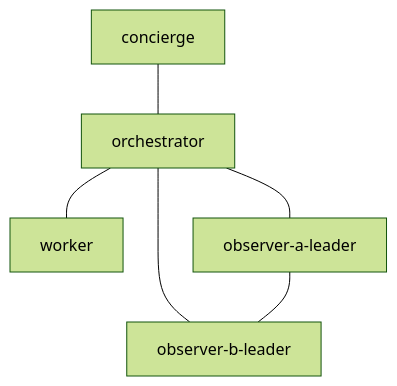
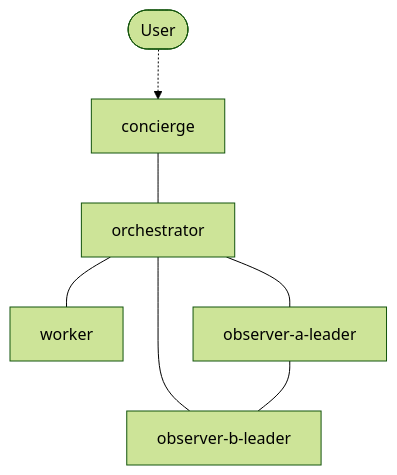
One commit to i9wa4/tmux-a2a-postman changed the diagram in README.md. Above: the diagram before and after it, drawn with Mermaid (forest theme).

Commit message:
feat: prepare for v0.1.0 release
- Update README with installation and configuration
- Add GitHub Actions release workflow
- Replace topology diagram with mermaid format

````diff
--- a/README.md
+++ b/README.md
@@ -92,8 +92,9 @@
 ```mermaid
 graph TD
+    user([User]) -.-> concierge
     concierge --- orchestrator
     orchestrator --- worker
     orchestrator --- observer-a-leader
     orchestrator --- observer-b-leader
     observer-a-leader --- observer-b-leader
 ```
````
